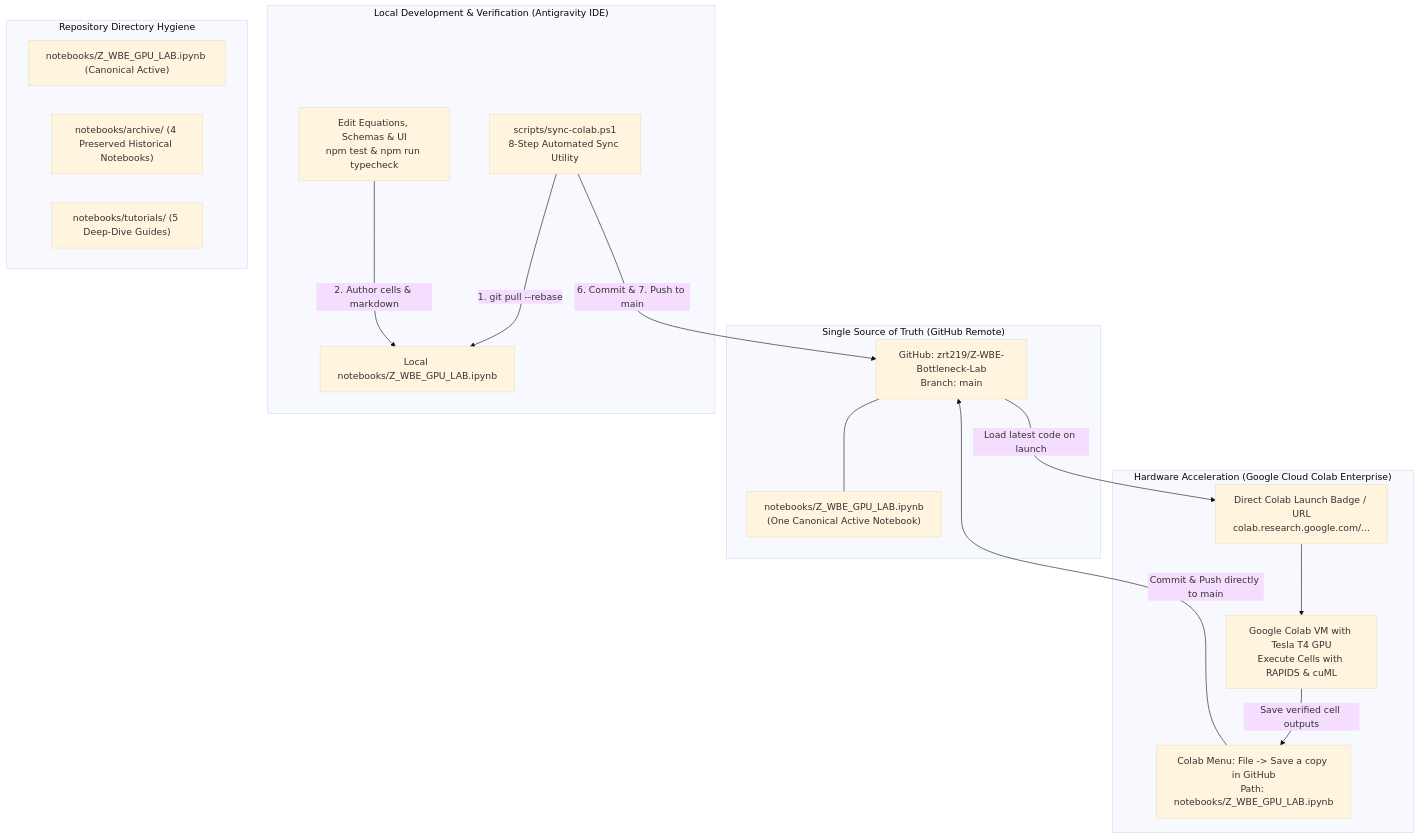
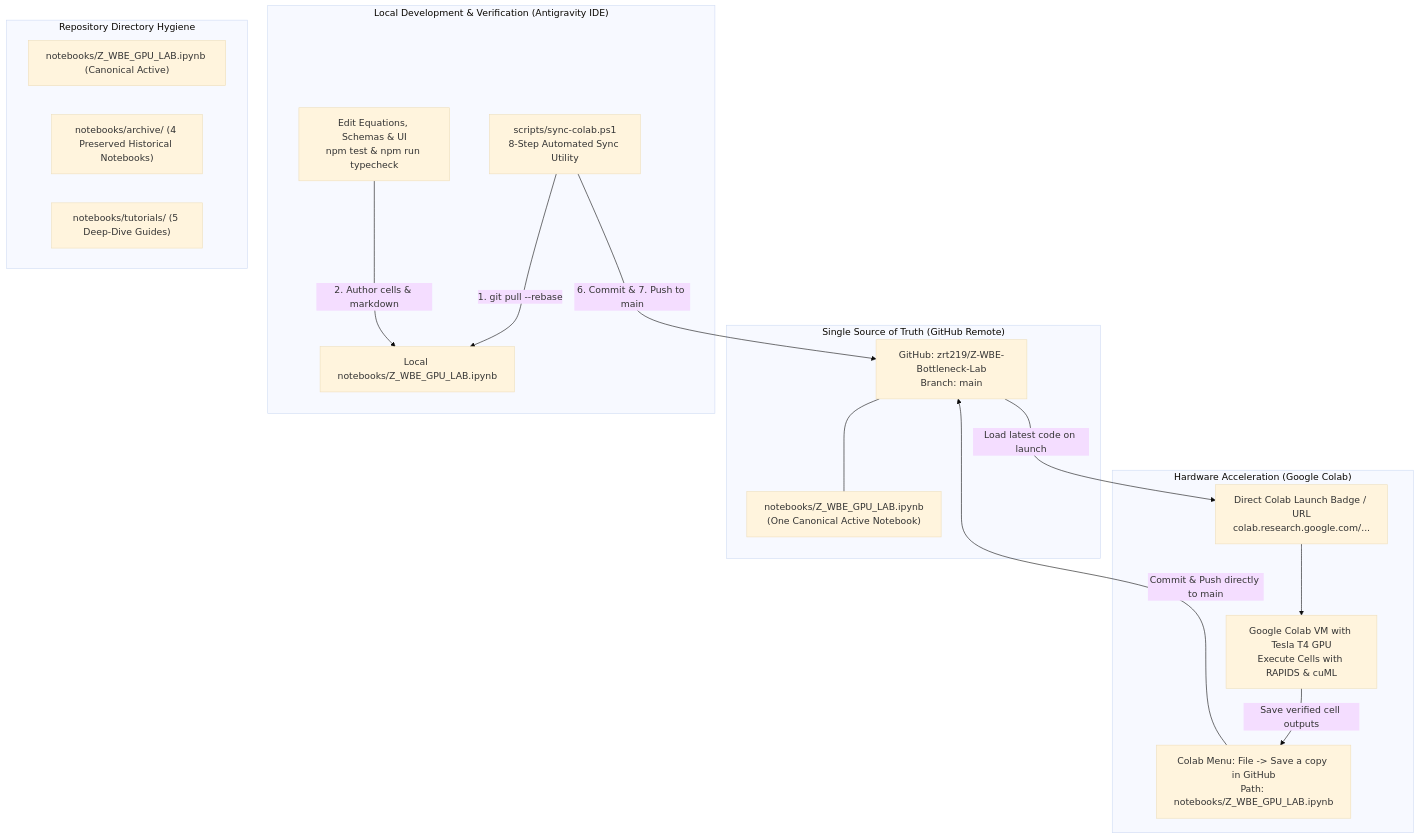
Before and after one commit to zrt219/Z-WBE-Bottleneck-Lab: the second of 3 diagrams in README.md, drawn with Mermaid (base theme). The commit also changed other lines of this file and 52 other files, not shown here.

````diff
--- a/README.md
+++ b/README.md
@@ -543,35 +543,35 @@
 ```mermaid
 flowchart TD
     subgraph Hub ["Single Source of Truth (GitHub Remote)"]
         GH["GitHub: zrt219/Z-WBE-Bottleneck-Lab<br/>Branch: main"]
         CanonicalNB["notebooks/Z_WBE_GPU_LAB.ipynb<br/>(One Canonical Active Notebook)"]
         GH --- CanonicalNB
     end
 
     subgraph LocalDev ["Local Development & Verification (Antigravity IDE)"]
         LocalCode["Edit Equations, Schemas & UI<br/>npm test & npm run typecheck"]
         SyncScript["scripts/sync-colab.ps1<br/>8-Step Automated Sync Utility"]
         LocalNB["Local notebooks/Z_WBE_GPU_LAB.ipynb"]
         
         SyncScript -->|"1. git pull --rebase"| LocalNB
         LocalCode -->|"2. Author cells & markdown"| LocalNB
         SyncScript -->|"6. Commit & 7. Push to main"| GH
     end
 
-    subgraph CloudExecution ["Hardware Acceleration (Google Cloud Colab Enterprise)"]
+    subgraph CloudExecution ["Hardware Acceleration (Google Colab)"]
         LaunchBadge["Direct Colab Launch Badge / URL<br/>colab.research.google.com/..."]
         ColabVM["Google Colab VM with Tesla T4 GPU<br/>Execute Cells with RAPIDS & cuML"]
         ColabSave["Colab Menu: File -> Save a copy in GitHub<br/>Path: notebooks/Z_WBE_GPU_LAB.ipynb"]
         
         GH -->|"Load latest code on launch"| LaunchBadge
         LaunchBadge --> ColabVM
         ColabVM -->|"Save verified cell outputs"| ColabSave
         ColabSave -->|"Commit & Push directly to main"| GH
     end
 
     subgraph CleanDirs ["Repository Directory Hygiene"]
         DirRoot["notebooks/Z_WBE_GPU_LAB.ipynb (Canonical Active)"]
         DirArchive["notebooks/archive/ (4 Preserved Historical Notebooks)"]
         DirTutorials["notebooks/tutorials/ (5 Deep-Dive Guides)"]
     end
 ```
````
